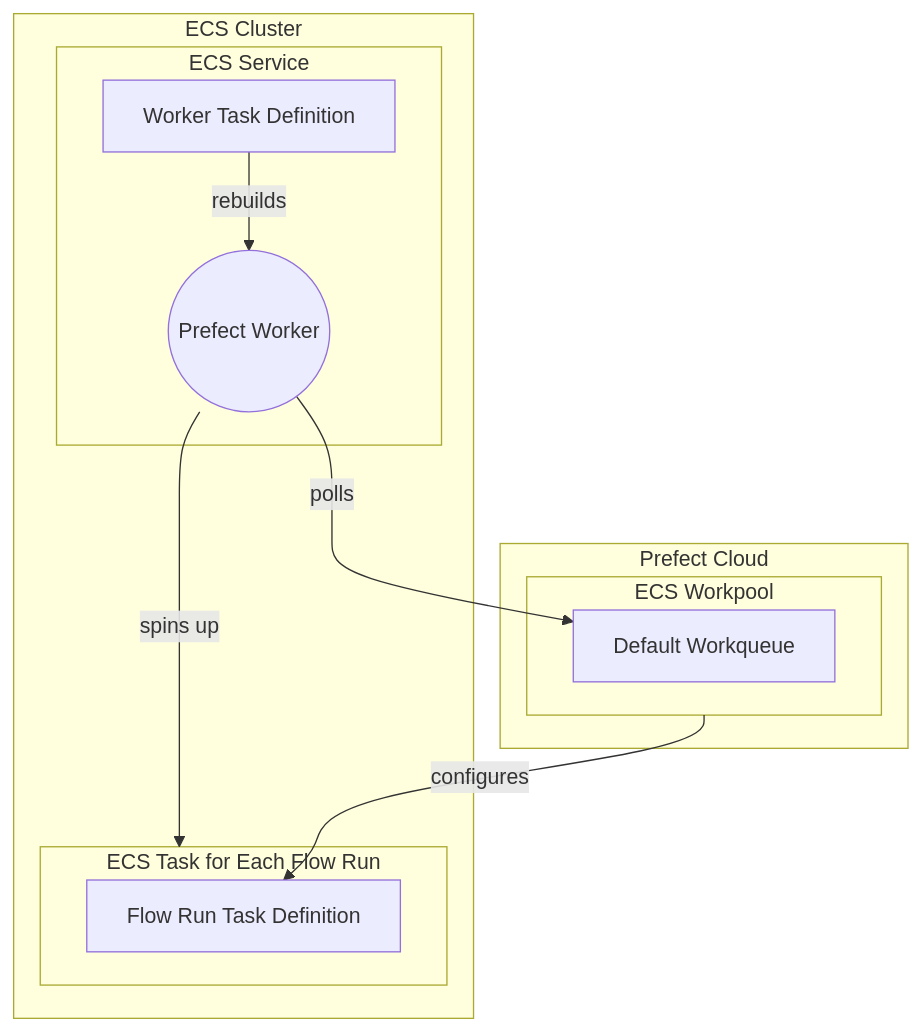
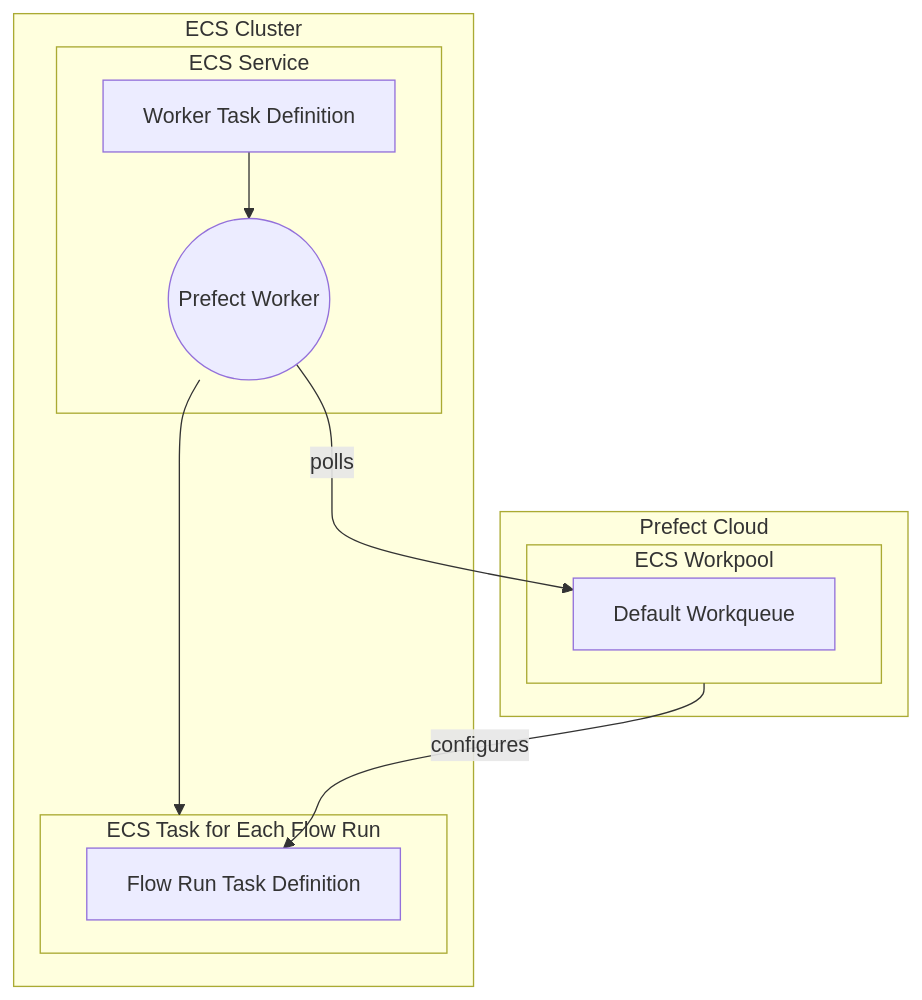
One commit to PrefectHQ/prefect-aws changed the diagram in docs/ecs_guide.md. Above: the diagram before and after it, drawn with Mermaid.

Commit message:
restructuring the mermaid diagram

````diff
--- a/docs/ecs_guide.md
+++ b/docs/ecs_guide.md
@@ -6,28 +6,21 @@
 ```mermaid
 graph TB
-    subgraph ecs_cluster[ECS Cluster]
-  
-        subgraph ecs_service[ECS Service]
-            td_worker[Worker Task Definition] -- rebuilds --> prefect_worker((Prefect Worker))
-        end
+  subgraph ecs_cluster[ECS Cluster]
+    subgraph ecs_service[ECS Service]
+      td_worker[Worker Task Definition] --> prefect_worker((Prefect Worker))
+    end
+    prefect_worker --> ecs_task
+    subgraph ecs_task[ECS Task for Each Flow Run]
+      fr_task_definition[Flow Run Task Definition]
+    end
+  end
 
-        prefect_worker -- spins up --> ecs_task
+  subgraph prefect_cloud[Prefect Cloud]
+    subgraph prefect_workpool[ECS Workpool]
+      default_workqueue[Default Workqueue]
+    end
+  end
 
-        subgraph ecs_task[ECS Task for Each Flow Run]
-            fr_task_definition[Flow Run Task Definition]
-        end
-    end
-
-    subgraph prefect_cloud[Prefect Cloud]
-
-        subgraph prefect_workpool[ECS Workpool]
-
-        default_workqueue[Default Workqueue]
-    
-        end
-    end
-
-        prefect_workpool -- configures --> fr_task_definition
-
-        prefect_worker -- polls --> default_workqueue
+  prefect_worker -->|polls| default_workqueue
+  prefect_workpool -->|configures| fr_task_definition
 ```
````
